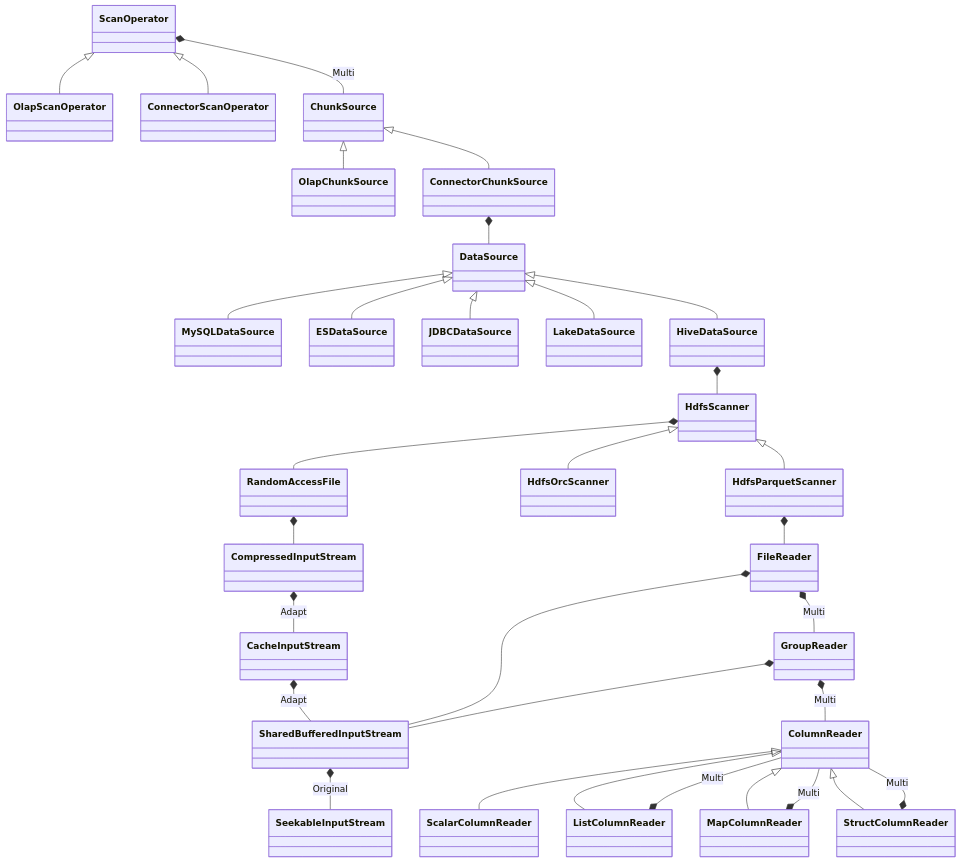
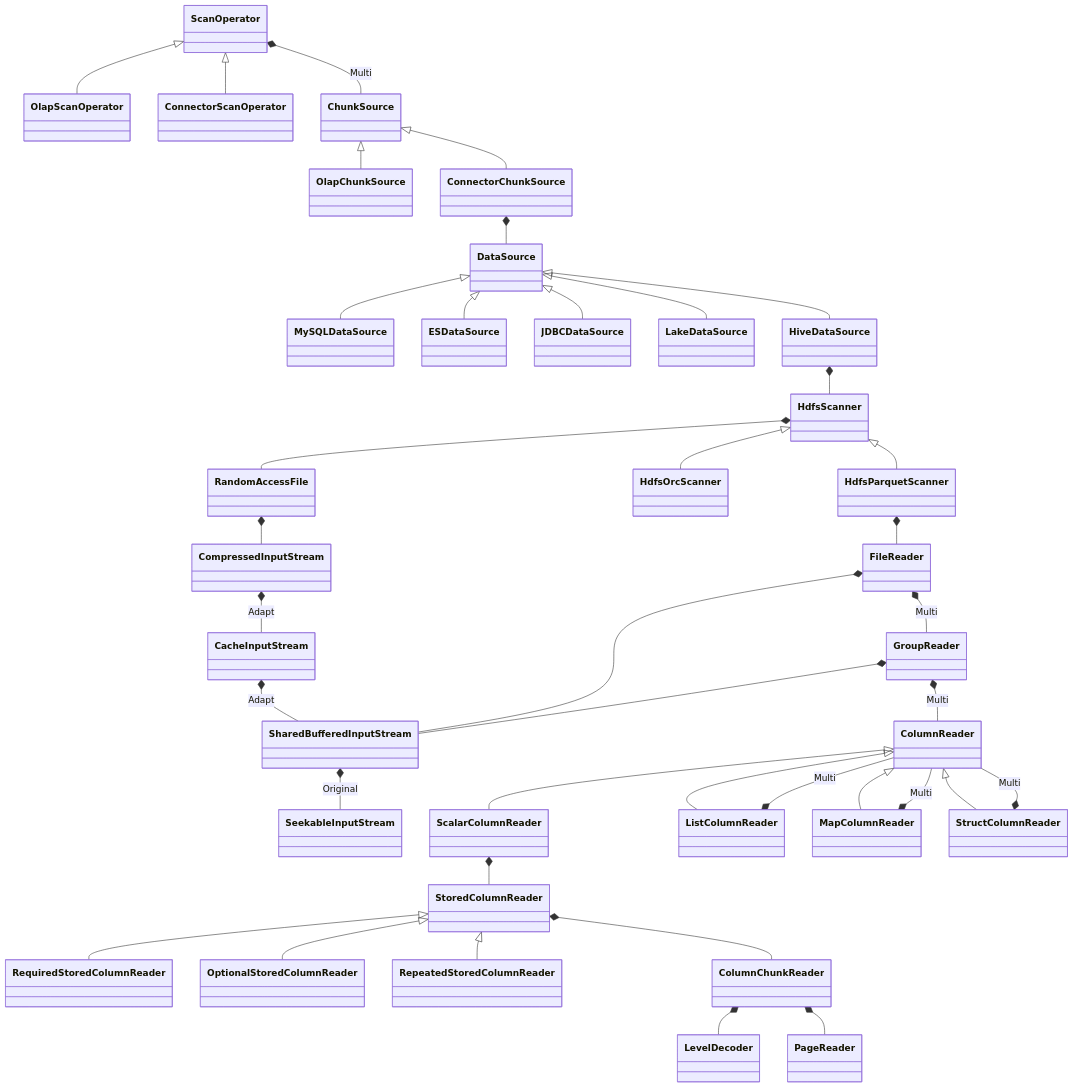
The diagram in _unposts/codebase/StarRocks.md (liuyehcf/BlogSource), drawn with Mermaid before and after one commit. The commit also changed other lines of this file and 6 other files, not shown here.

````diff
--- a/_unposts/codebase/StarRocks.md
+++ b/_unposts/codebase/StarRocks.md
@@ -559,34 +558,41 @@
 ```mermaid
 classDiagram
     ScanOperator <|-- OlapScanOperator
     ScanOperator <|-- ConnectorScanOperator
     ScanOperator *-- ChunkSource: Multi
     ChunkSource <|-- OlapChunkSource
     ChunkSource <|-- ConnectorChunkSource
     ConnectorChunkSource *-- DataSource
     DataSource <|-- MySQLDataSource
     DataSource <|-- ESDataSource
     DataSource <|-- JDBCDataSource
     DataSource <|-- LakeDataSource
     DataSource <|-- HiveDataSource
     HiveDataSource *-- HdfsScanner
     HdfsScanner *-- RandomAccessFile
     RandomAccessFile *-- CompressedInputStream
     CompressedInputStream *-- CacheInputStream: Adapt
     CacheInputStream *-- SharedBufferedInputStream: Adapt
     SharedBufferedInputStream *-- SeekableInputStream: Original
     HdfsScanner <|-- HdfsOrcScanner
     HdfsScanner <|-- HdfsParquetScanner
     HdfsParquetScanner *-- FileReader
     FileReader *-- GroupReader: Multi
     FileReader *-- SharedBufferedInputStream
     GroupReader *-- ColumnReader: Multi
     GroupReader *-- SharedBufferedInputStream
     ColumnReader <|-- ScalarColumnReader
     ColumnReader <|-- ListColumnReader
     ColumnReader <|-- MapColumnReader
     ColumnReader <|-- StructColumnReader
     ListColumnReader *-- ColumnReader: Multi
     MapColumnReader *-- ColumnReader: Multi
     StructColumnReader *-- ColumnReader: Multi
+    ScalarColumnReader *-- StoredColumnReader
+    StoredColumnReader <|-- RequiredStoredColumnReader
+    StoredColumnReader <|-- OptionalStoredColumnReader
+    StoredColumnReader <|-- RepeatedStoredColumnReader
+    StoredColumnReader *-- ColumnChunkReader
+    ColumnChunkReader *-- LevelDecoder
+    ColumnChunkReader *-- PageReader
 ```
````
